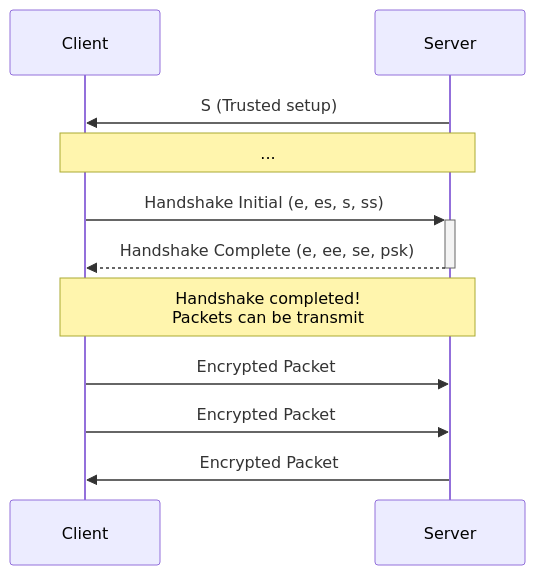
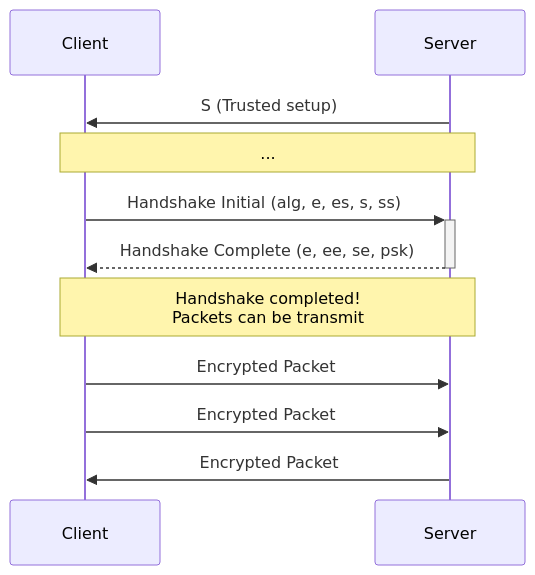
The first of 3 diagrams in README.md (holynet-zone/vpn), drawn with Mermaid before and after one commit. The commit also changed other lines of this file and 29 other files, not shown here.

Commit message:
feat(protocol): add alg selection bit into handshake; optimize session/ip gen

````diff
--- a/README.md
+++ b/README.md
@@ -39,16 +39,16 @@
 ```mermaid
 sequenceDiagram
     participant Client
     participant Server
 
     Server->>Client: S (Trusted setup)
     Note over Server,Client: ...
 
-    Client->>+Server: Handshake Initial (e, es, s, ss)
+    Client->>+Server: Handshake Initial (alg, e, es, s, ss)
     Server-->>-Client: Handshake Complete (e, ee, se, psk)
     Note over Server,Client: Handshake completed! <br/>Packets can be transmit
     
     Client->>Server: Encrypted Packet
     Client->>Server: Encrypted Packet
     Server->>Client: Encrypted Packet
 ```
````
